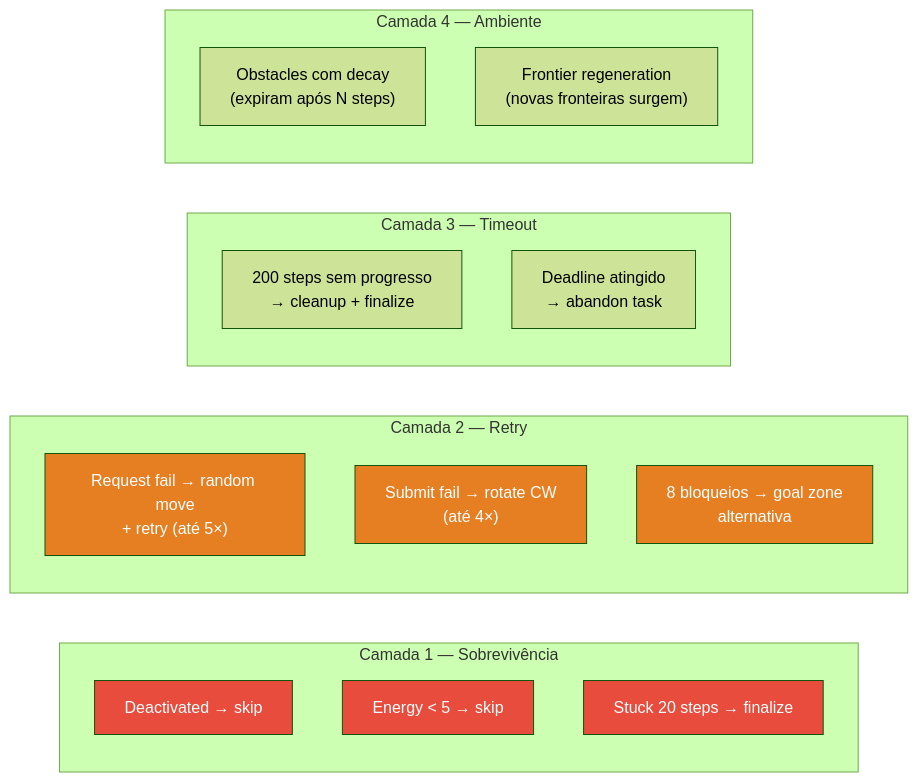
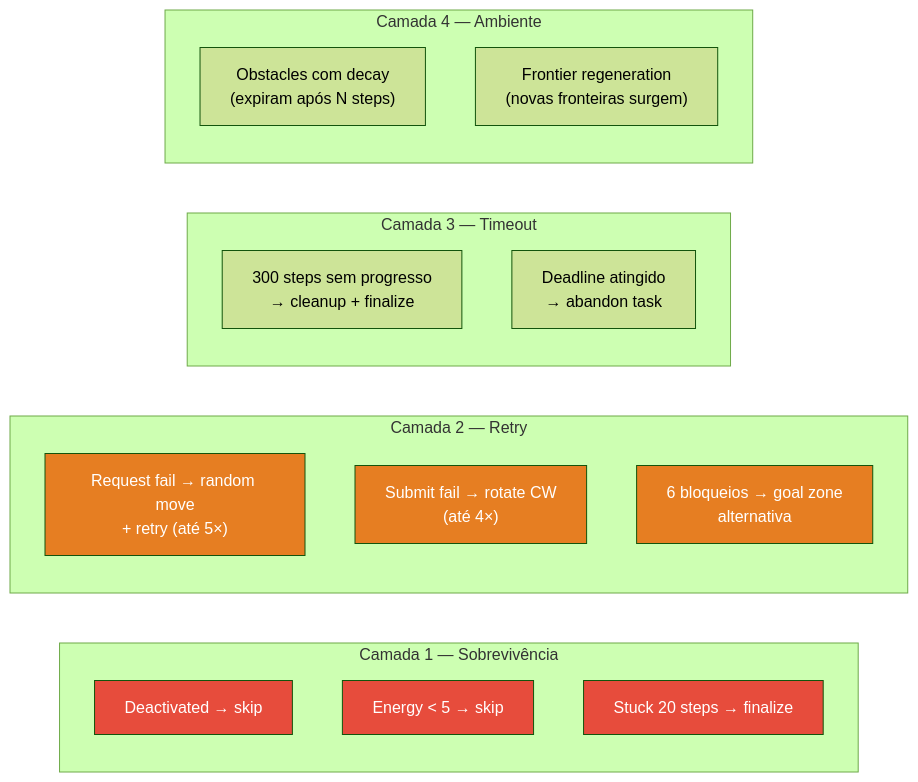
Before and after one commit to MarceloNG/PCS5703-MAS-HIVE: diagram 13 of 15 in README.md, drawn with Mermaid (forest theme). The commit also changed other lines of this file and 57 other files, not shown here.

````diff
--- a/README.md
+++ b/README.md
@@ -587,31 +515,31 @@
 ```mermaid
 flowchart LR
     subgraph "Camada 1 — Sobrevivência"
         R1["Deactivated → skip"]
         R2["Energy < 5 → skip"]
         R3["Stuck 20 steps → finalize"]
     end
     
     subgraph "Camada 2 — Retry"
         R4["Request fail → random move<br/>+ retry (até 5×)"]
         R5["Submit fail → rotate CW<br/>(até 4×)"]
-        R6["8 bloqueios → goal zone<br/>alternativa"]
+        R6["6 bloqueios → goal zone<br/>alternativa"]
     end
     
     subgraph "Camada 3 — Timeout"
-        R7["200 steps sem progresso<br/>→ cleanup + finalize"]
+        R7["300 steps sem progresso<br/>→ cleanup + finalize"]
         R8["Deadline atingido<br/>→ abandon task"]
     end
     
     subgraph "Camada 4 — Ambiente"
         R9["Obstacles com decay<br/>(expiram após N steps)"]
         R10["Frontier regeneration<br/>(novas fronteiras surgem)"]
     end
 
     style R1 fill:#e74c3c,color:#fff
     style R2 fill:#e74c3c,color:#fff
     style R3 fill:#e74c3c,color:#fff
     style R4 fill:#e67e22,color:#fff
     style R5 fill:#e67e22,color:#fff
     style R6 fill:#e67e22,color:#fff
 ```
````
